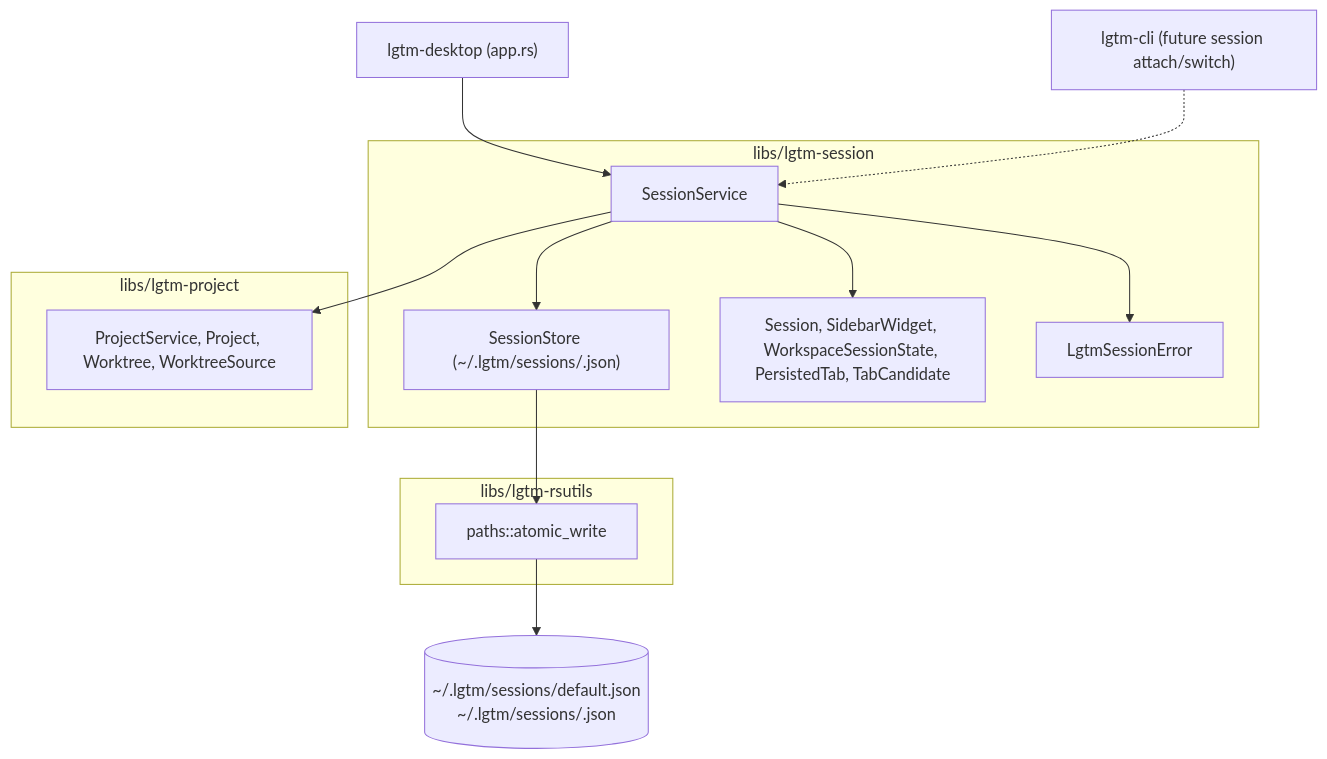
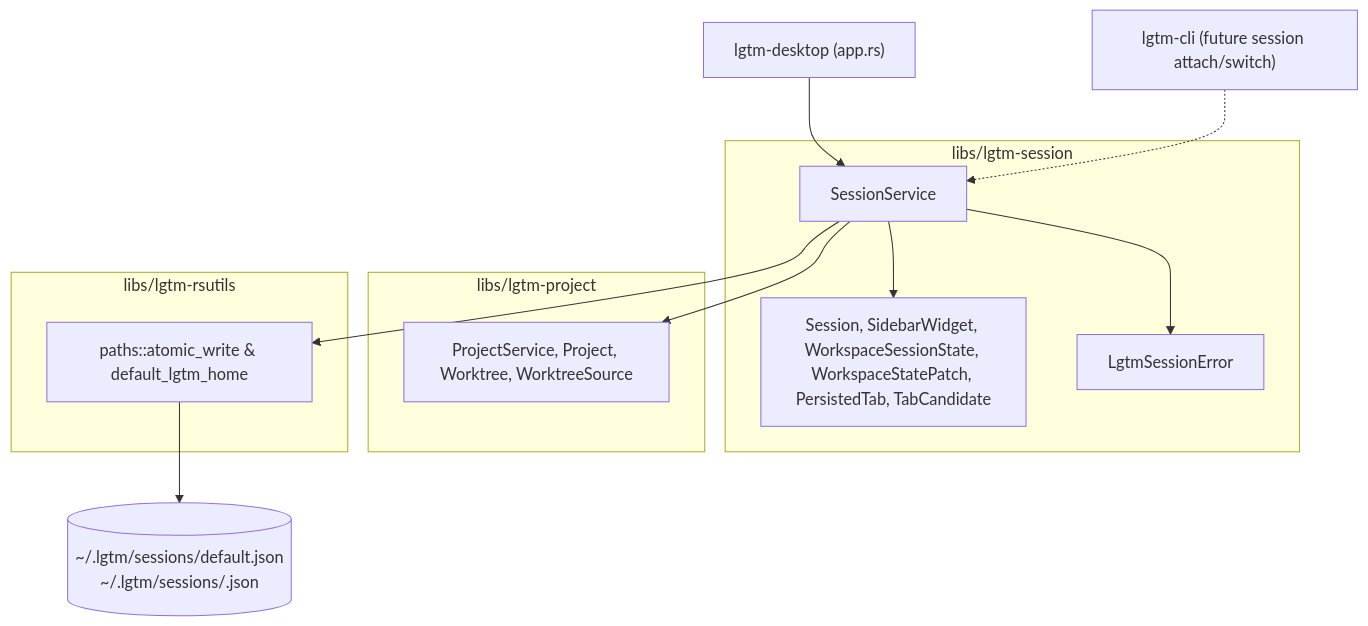
The first of 4 diagrams in docs/architecture/session/index.md (difflab-io/lgtm), drawn with Mermaid before and after one commit. The commit also changed other lines of this file and 33 other files, not shown here.

````diff
--- a/docs/architecture/session/index.md
+++ b/docs/architecture/session/index.md
@@ -27,29 +27,27 @@
 ```mermaid
 flowchart TB
     DESKTOP["lgtm-desktop (app.rs)"]
     CLI["lgtm-cli (future session attach/switch)"]
 
     subgraph SessionLib["libs/lgtm-session"]
         SVC["SessionService"]
-        STORE["SessionStore (~/.lgtm/sessions/<id>.json)"]
-        MODELS["Session, SidebarWidget, WorkspaceSessionState, PersistedTab, TabCandidate"]
+        MODELS["Session, SidebarWidget, WorkspaceSessionState, WorkspaceStatePatch, PersistedTab, TabCandidate"]
         ERR["LgtmSessionError"]
-        SVC --> STORE
         SVC --> MODELS
         SVC --> ERR
     end
 
     subgraph ProjectLib["libs/lgtm-project"]
         PROJ["ProjectService, Project, Worktree, WorktreeSource"]
     end
 
     subgraph RsUtils["libs/lgtm-rsutils"]
-        ATOMIC["paths::atomic_write"]
+        ATOMIC["paths::atomic_write & default_lgtm_home"]
     end
 
     DESKTOP --> SVC
     CLI -.-> SVC
     SVC --> PROJ
-    STORE --> ATOMIC
+    SVC --> ATOMIC
     ATOMIC --> DISK[("~/.lgtm/sessions/default.json\n~/.lgtm/sessions/<name>.json")]
 ```
````
